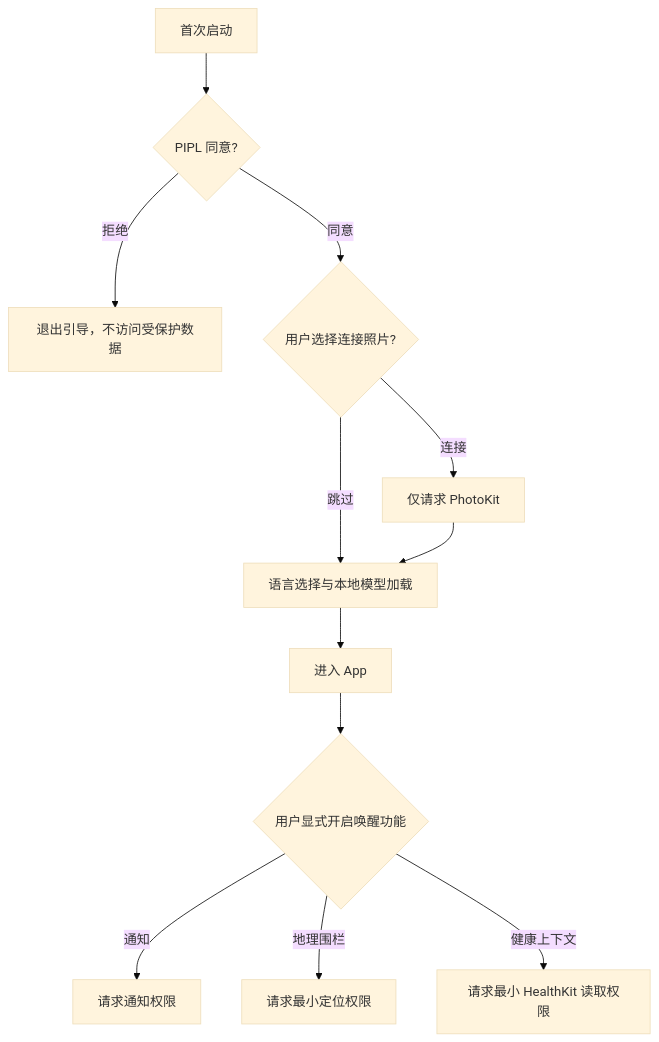
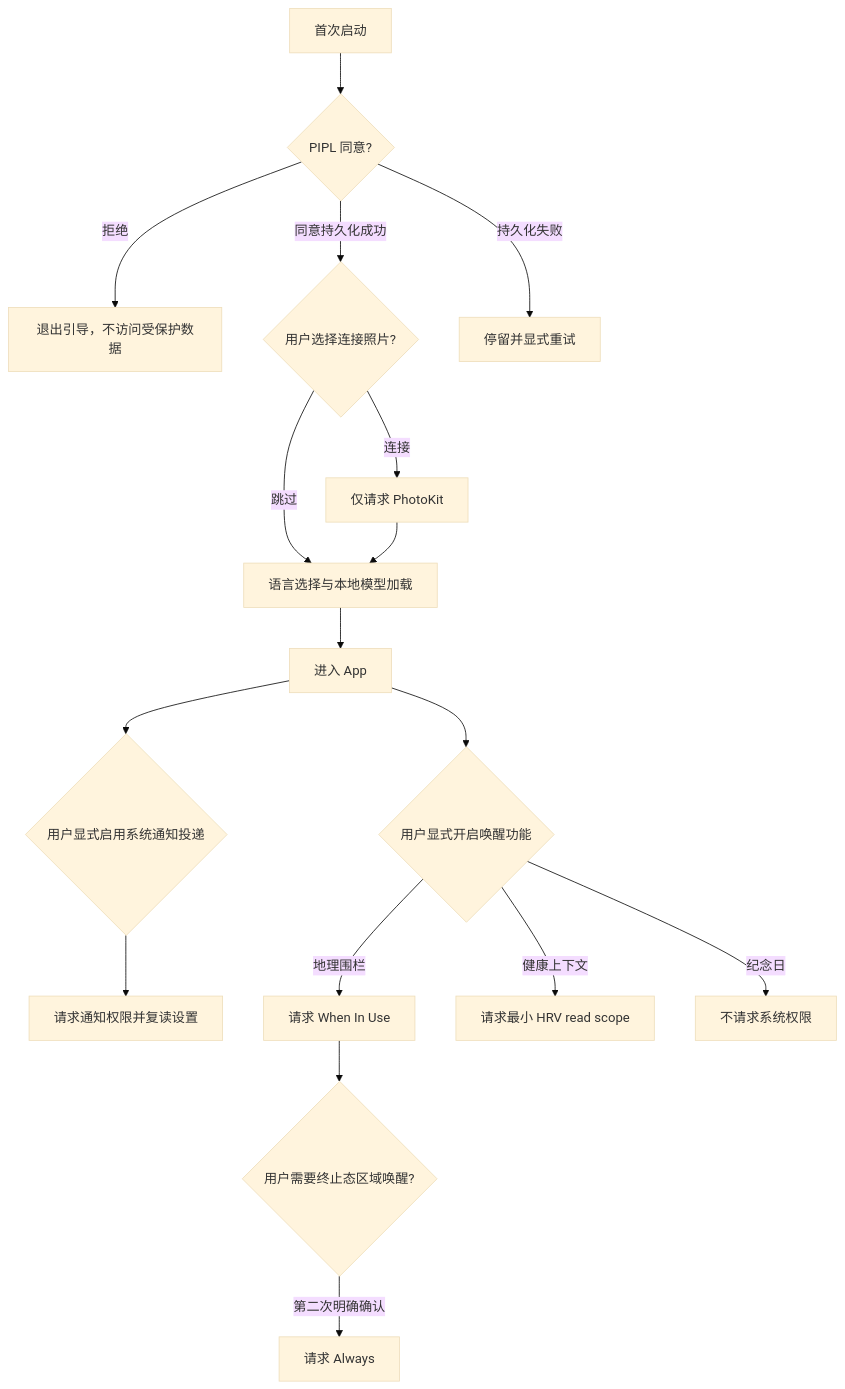
The second of 13 diagrams in docs/02-architecture/数据流全链路技术说明文档.md (logan-suu/Echo), drawn with Mermaid (base theme) before and after one commit. The commit also changed other lines of this file and 63 other files, not shown here.

````diff
--- a/docs/02-architecture/数据流全链路技术说明文档.md
+++ b/docs/02-architecture/数据流全链路技术说明文档.md
@@ -89,14 +89,19 @@
 ```mermaid
 flowchart TD
     Launch[首次启动] --> Consent{PIPL 同意?}
     Consent -->|拒绝| Exit[退出引导，不访问受保护数据]
-    Consent -->|同意| PhotoChoice{用户选择连接照片?}
+    Consent -->|同意持久化成功| PhotoChoice{用户选择连接照片?}
+    Consent -->|持久化失败| ConsentRetry[停留并显式重试]
     PhotoChoice -->|跳过| Language[语言选择与本地模型加载]
     PhotoChoice -->|连接| PhotoKit[仅请求 PhotoKit]
     PhotoKit --> Language
     Language --> App[进入 App]
+    App --> DeliveryOptIn{用户显式启用系统通知投递}
+    DeliveryOptIn --> Notification[请求通知权限并复读设置]
     App --> AwakeningOptIn{用户显式开启唤醒功能}
-    AwakeningOptIn -->|通知| Notification[请求通知权限]
-    AwakeningOptIn -->|地理围栏| Location[请求最小定位权限]
-    AwakeningOptIn -->|健康上下文| HealthKit[请求最小 HealthKit 读取权限]
+    AwakeningOptIn -->|地理围栏| WhenInUse[请求 When In Use]
+    WhenInUse --> BackgroundChoice{用户需要终止态区域唤醒?}
+    BackgroundChoice -->|第二次明确确认| Always[请求 Always]
+    AwakeningOptIn -->|健康上下文| HealthKit[请求最小 HRV read scope]
+    AwakeningOptIn -->|纪念日| Anniversary[不请求系统权限]
 ```
````
